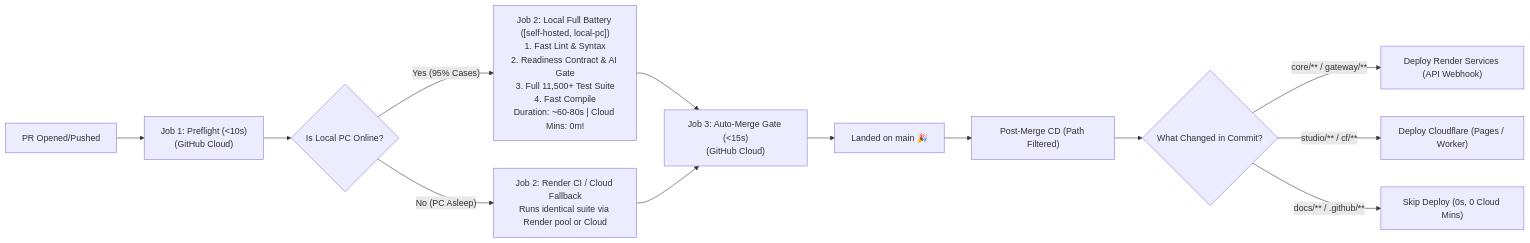
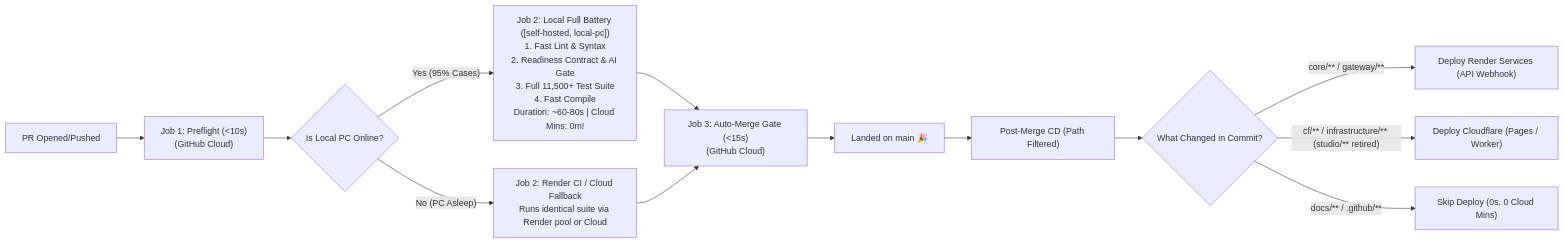
One commit to Supremeai-bd/supremeai changed the second of 2 diagrams in docs/PIPELINE_ARCHITECTURE_AND_EXECUTION_SSOT.md. Above: the diagram before and after it, drawn with Mermaid. The commit also changed other lines of this file and 71 other files, not shown here.

````diff
--- a/docs/PIPELINE_ARCHITECTURE_AND_EXECUTION_SSOT.md
+++ b/docs/PIPELINE_ARCHITECTURE_AND_EXECUTION_SSOT.md
@@ -97,22 +97,22 @@
 ```mermaid
 flowchart LR
     PR_Trigger["PR Opened/Pushed"] --> Job1["Job 1: Preflight (<10s)\n(GitHub Cloud)"]
     
     Job1 --> LocalOnline{"Is Local PC Online?"}
     
     LocalOnline -- "Yes (95% Cases)" --> LocalJob["Job 2: Local Full Battery ([self-hosted, local-pc])\n1. Fast Lint & Syntax\n2. Readiness Contract & AI Gate\n3. Full 11,500+ Test Suite\n4. Fast Compile\nDuration: ~60-80s | Cloud Mins: 0m!"]
     
     LocalOnline -- "No (PC Asleep)" --> FallbackJob["Job 2: Render CI / Cloud Fallback\nRuns identical suite via Render pool or Cloud"]
     
     LocalJob --> MergeGate["Job 3: Auto-Merge Gate (<15s)\n(GitHub Cloud)"]
     FallbackJob --> MergeGate
     
     MergeGate --> PushMain["Landed on main 🎉"]
     
     PushMain --> CD_Gate["Post-Merge CD (Path Filtered)"]
     
     CD_Gate --> DiffCheck{"What Changed in Commit?"}
     DiffCheck -- "core/** / gateway/**" --> DeployRender["Deploy Render Services (API Webhook)"]
-    DiffCheck -- "studio/** / cf/**" --> DeployCF["Deploy Cloudflare (Pages / Worker)"]
+    DiffCheck -- "cf/** / infrastructure/** (studio/** retired)" --> DeployCF["Deploy Cloudflare (Pages / Worker)"]
     DiffCheck -- "docs/** / .github/**" --> SkipAll["Skip Deploy (0s, 0 Cloud Mins)"]
 ```
````
